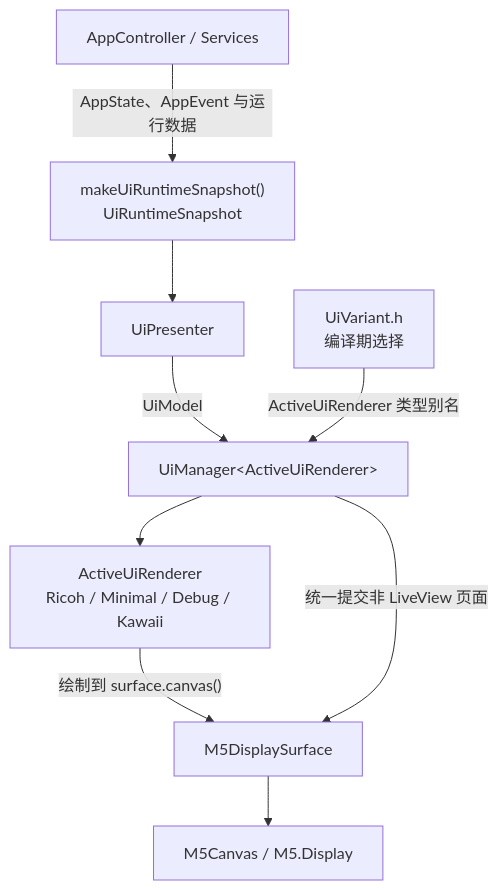
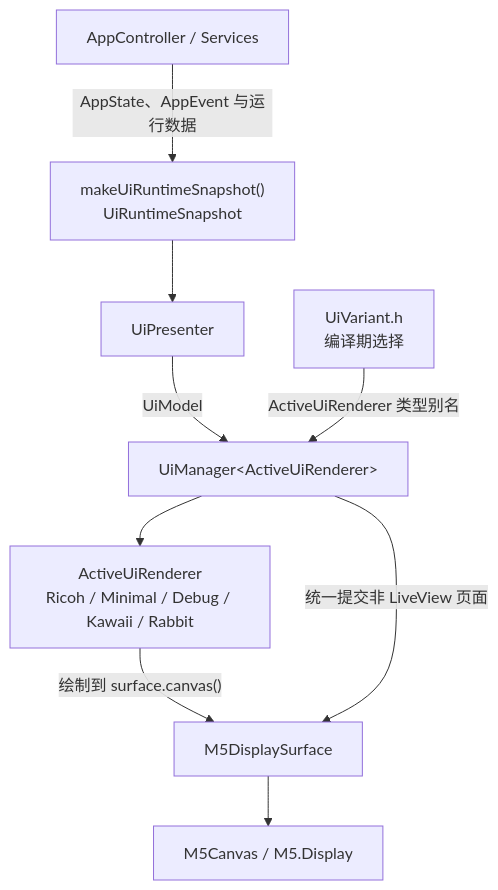
Before and after one commit to sky18Dragon/RICOH-GR-Live-View-Shooting: the diagram in docs/ui_architecture.md, drawn with Mermaid. The commit also changed other lines of this file and 16 other files, not shown here.

````diff
--- a/docs/ui_architecture.md
+++ b/docs/ui_architecture.md
@@ -11,11 +11,11 @@
 ```mermaid
 flowchart TD
     A["AppController / Services"] -->|"AppState、AppEvent 与运行数据"| B["makeUiRuntimeSnapshot()<br/>UiRuntimeSnapshot"]
     B --> C["UiPresenter"]
     C -->|"UiModel"| D["UiManager&lt;ActiveUiRenderer&gt;"]
     E["UiVariant.h<br/>编译期选择"] -->|"ActiveUiRenderer 类型别名"| D
-    D --> F["ActiveUiRenderer<br/>Ricoh / Minimal / Debug / Kawaii"]
+    D --> F["ActiveUiRenderer<br/>Ricoh / Minimal / Debug / Kawaii / Rabbit"]
     F -->|"绘制到 surface.canvas()"| G["M5DisplaySurface"]
     D -->|"统一提交非 LiveView 页面"| G
     G --> H["M5Canvas / M5.Display"]
 ```
````
